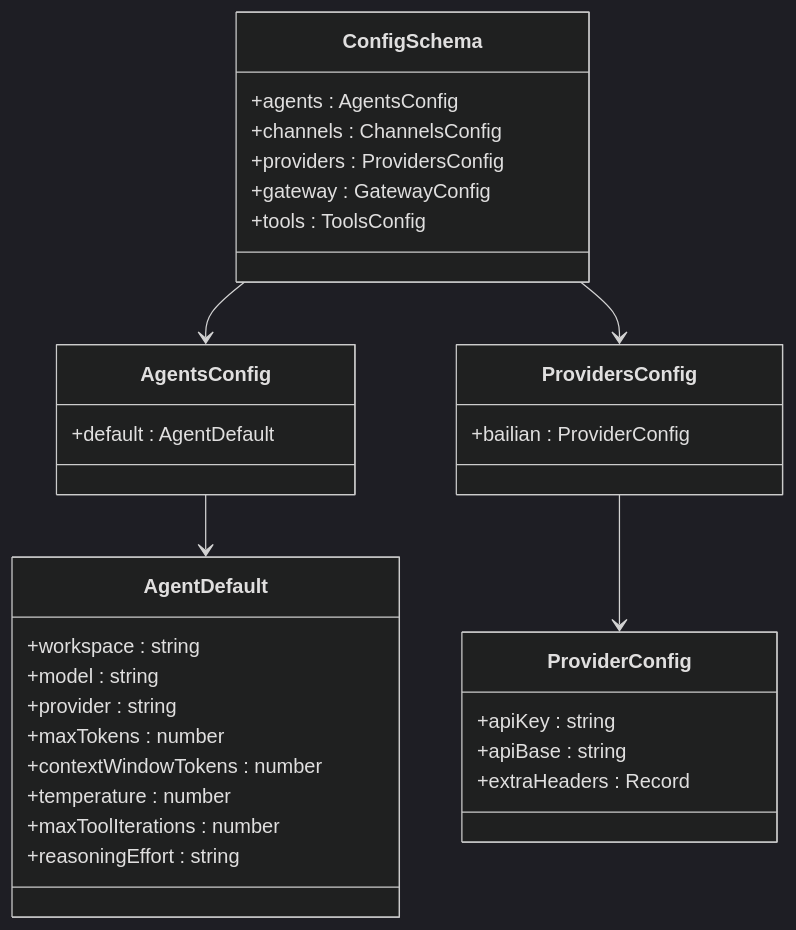
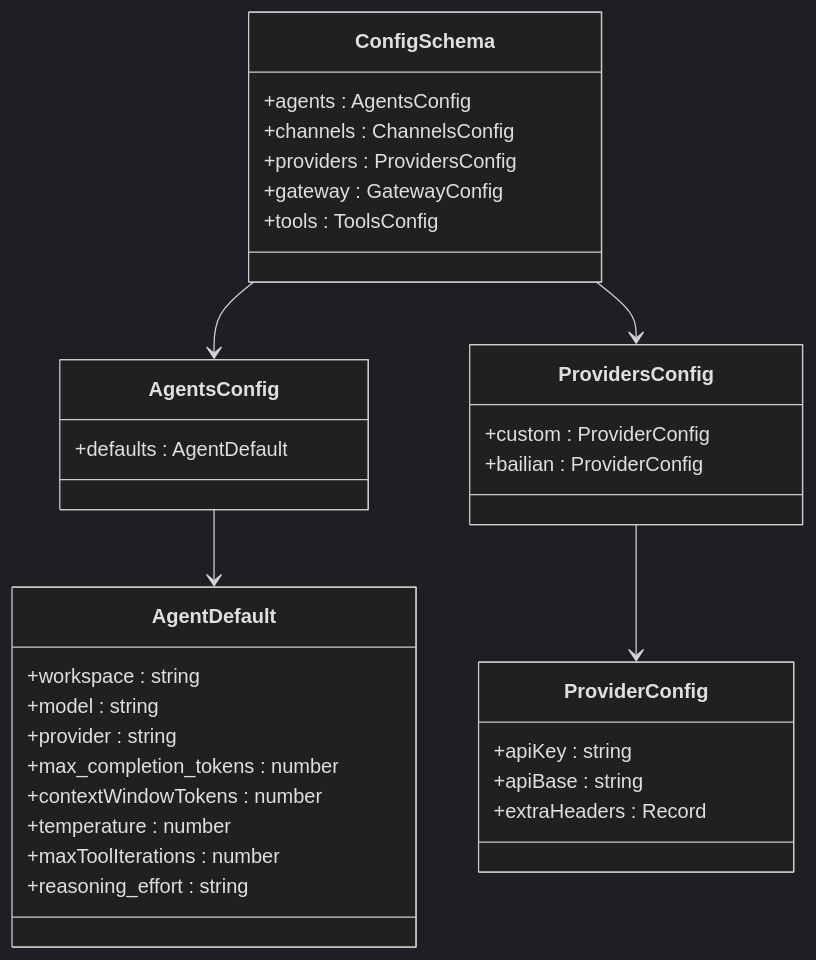
Before and after one commit to neciszhang/batbot: the fourth of 6 diagrams in .qoder/repowiki/zh/content/项目概述.md, drawn with Mermaid (dark theme). The commit also changed other lines of this file and 4 other files, not shown here.

````diff
--- a/.qoder/repowiki/zh/content/项目概述.md
+++ b/.qoder/repowiki/zh/content/项目概述.md
@@ -217,35 +226,36 @@
 ```mermaid
 classDiagram
 class ConfigSchema {
 +agents : AgentsConfig
 +channels : ChannelsConfig
 +providers : ProvidersConfig
 +gateway : GatewayConfig
 +tools : ToolsConfig
 }
 class AgentsConfig {
-+default : AgentDefault
++defaults : AgentDefault
 }
 class AgentDefault {
 +workspace : string
 +model : string
 +provider : string
-+maxTokens : number
++max_completion_tokens : number
 +contextWindowTokens : number
 +temperature : number
 +maxToolIterations : number
-+reasoningEffort : string
++reasoning_effort : string
 }
 class ProvidersConfig {
++custom : ProviderConfig
 +bailian : ProviderConfig
 }
 class ProviderConfig {
 +apiKey : string
 +apiBase : string
 +extraHeaders : Record
 }
 ConfigSchema --> AgentsConfig
 ConfigSchema --> ProvidersConfig
 AgentsConfig --> AgentDefault
 ProvidersConfig --> ProviderConfig
 ```
````
